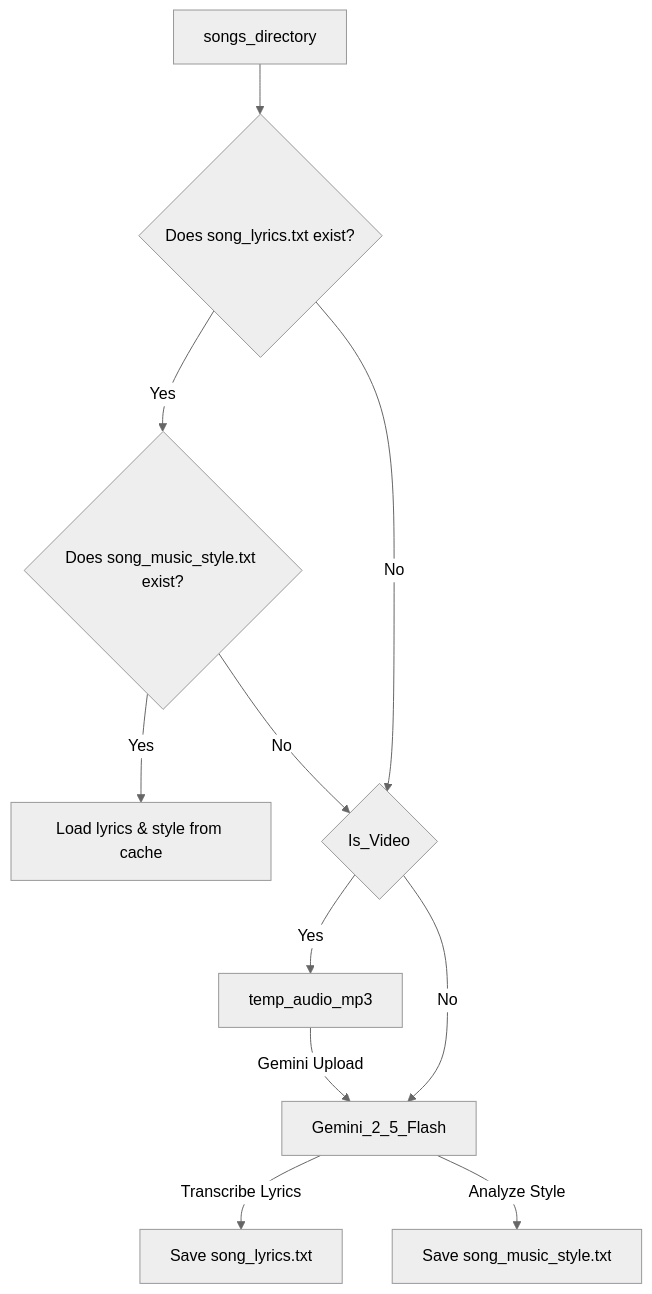
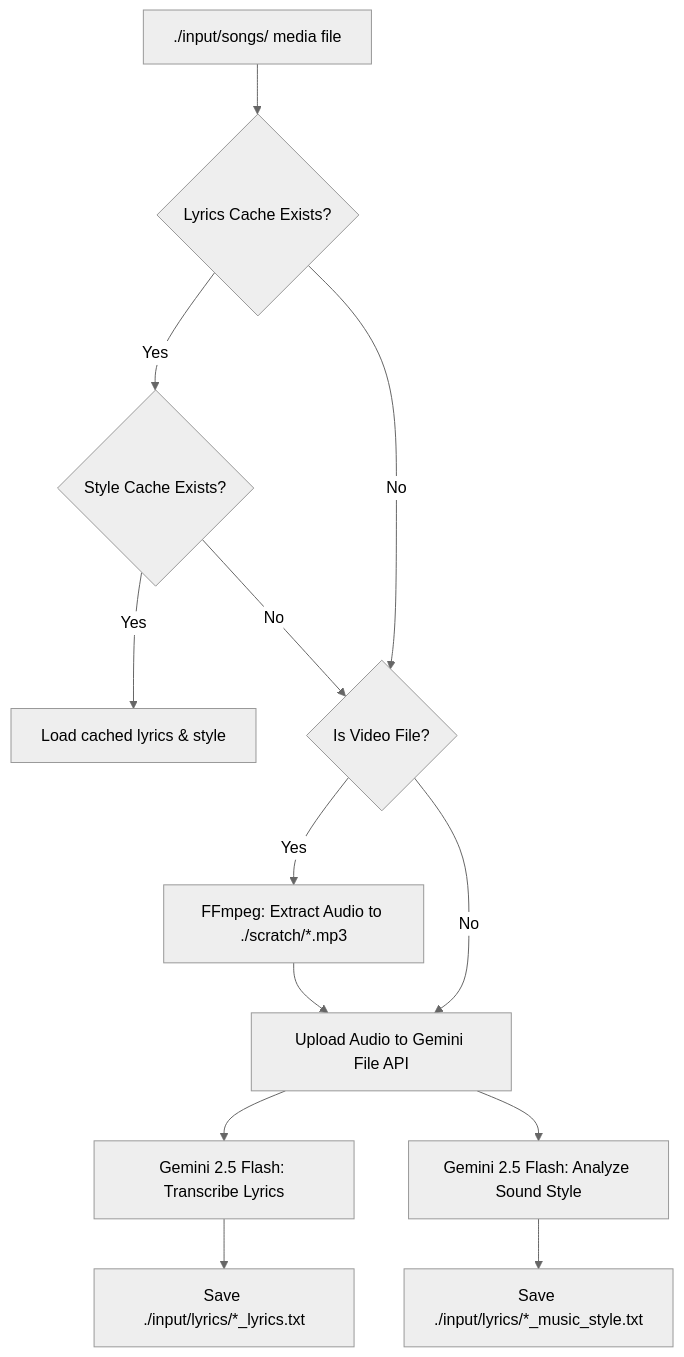
Before and after one commit to electronicnomad/stage-backdrops: the third of 6 diagrams in ARCHITECTURE.md, drawn with Mermaid. The commit also changed other lines of this file, not shown here.

Commit message:
docs: update ARCHITECTURE.md to bilingual Korean/English specification

````diff
--- a/ARCHITECTURE.md
+++ b/ARCHITECTURE.md
@@ -87,27 +116,20 @@
 ```mermaid
 %%{init: {'theme': 'neutral'}}%%
 flowchart TD
-    MEDIA["songs_directory"]
-    CheckLyrics{"Does song_lyrics.txt exist?"}
-    CheckStyle{"Does song_music_style.txt exist?"}
-    LoadCache["Load lyrics & style from cache"]
-    IsVideo{"Is_Video"}
-    MP3["temp_audio_mp3"]
-    API["Gemini_2_5_Flash"]
-    SaveLyrics["Save song_lyrics.txt"]
-    SaveStyle["Save song_music_style.txt"]
-
-    MEDIA --> CheckLyrics
-    CheckLyrics -->|Yes| CheckStyle
-    CheckLyrics -->|No| IsVideo
+    SONG["./input/songs/ media file"] --> CHK_L{"Lyrics Cache Exists?"}
+    CHK_L -->|Yes| CHK_S{"Style Cache Exists?"}
+    CHK_S -->|Yes| LOAD_CACHE["Load cached lyrics & style"]
     
-    CheckStyle -->|Yes| LoadCache
-    CheckStyle -->|No| IsVideo
+    CHK_L -->|No| IS_VID{"Is Video File?"}
+    CHK_S -->|No| IS_VID
     
-    IsVideo -->|Yes| MP3
-    IsVideo -->|No| API
+    IS_VID -->|Yes| EXT_AUD["FFmpeg: Extract Audio to ./scratch/*.mp3"]
+    IS_VID -->|No| UPL["Upload Audio to Gemini File API"]
+    EXT_AUD --> UPL
     
-    MP3 -->|Gemini Upload| API
-    API -->|Transcribe Lyrics| SaveLyrics
-    API -->|Analyze Style| SaveStyle
+    UPL --> GEM_L["Gemini 2.5 Flash: Transcribe Lyrics"]
+    UPL --> GEM_S["Gemini 2.5 Flash: Analyze Sound Style"]
+    
+    GEM_L --> SAVE_L["Save ./input/lyrics/*_lyrics.txt"]
+    GEM_S --> SAVE_S["Save ./input/lyrics/*_music_style.txt"]
 ```
````
